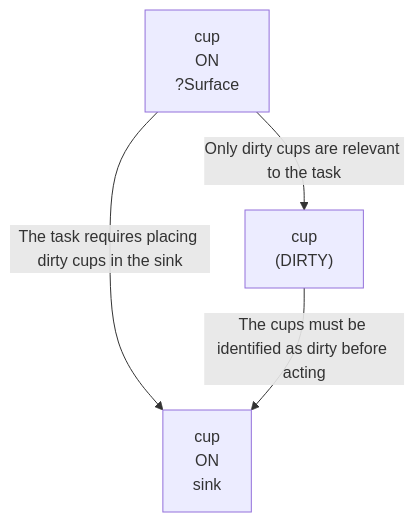
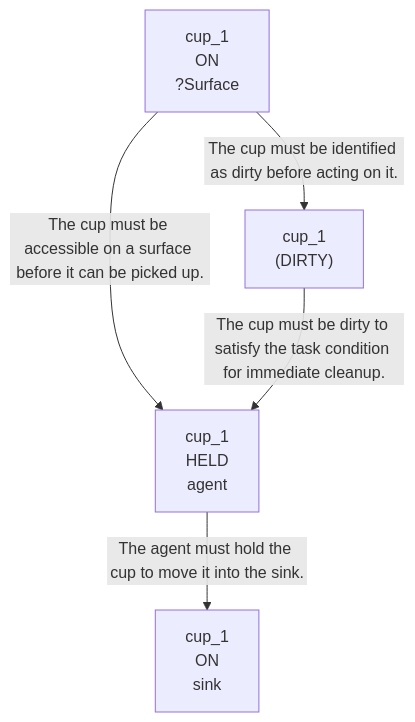
One commit to scuama/virtualhome changed the first of 4 diagrams in evaluation/results/table1/robostate/dynamic/low/M1_03/run_T1_DYN_M1_03_low.md. Above: the diagram before and after it, drawn with Mermaid. The commit also changed other lines of this file and 133 other files, not shown here.

````diff
--- a/evaluation/results/table1/robostate/dynamic/low/M1_03/run_T1_DYN_M1_03_low.md
+++ b/evaluation/results/table1/robostate/dynamic/low/M1_03/run_T1_DYN_M1_03_low.md
@@ -72,9 +72,11 @@
 ```mermaid
 graph TD
-    N1["cup<br>ON<br>?Surface"]
-    N2["cup<br>(DIRTY)"]
-    N3["cup<br>ON<br>sink"]
-    N1 -->|"Only dirty cups are relevant to the task"| N2
-    N1 -->|"The task requires placing dirty cups in the sink"| N3
-    N2 -->|"The cups must be identified as dirty before acting"| N3
+    N1["cup_1<br>ON<br>?Surface"]
+    N2["cup_1<br>(DIRTY)"]
+    N3["cup_1<br>ON<br>sink"]
+    N4["cup_1<br>HELD<br>agent"]
+    N1 -->|"The cup must be identified as dirty before acting on it."| N2
+    N4 -->|"The agent must hold the cup to move it into the sink."| N3
+    N1 -->|"The cup must be accessible on a surface before it can be picked up."| N4
+    N2 -->|"The cup must be dirty to satisfy the task condition for immediate cleanup."| N4
 ```
````
